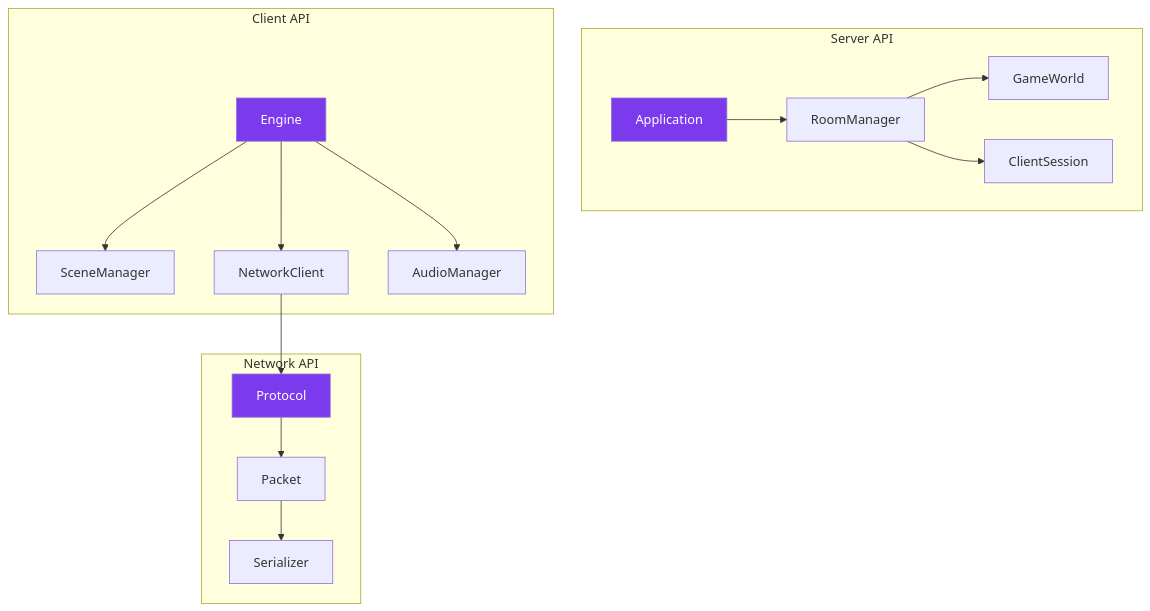
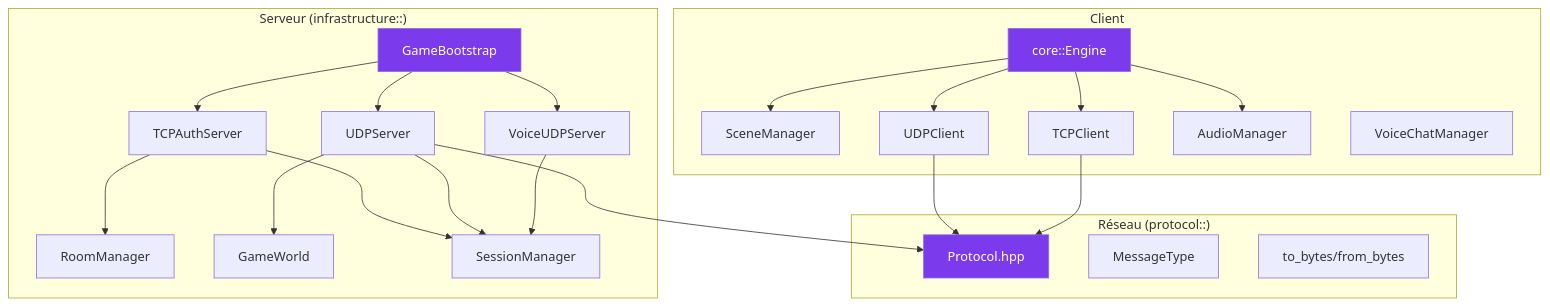
One commit to ChrisG-L/rtype changed the diagram in docs/api/index.md. Above: the diagram before and after it, drawn with Mermaid. The commit also changed other lines of this file and 29 other files, not shown here.

First line of the commit message:
Refactor network protocol documentation and structures

````diff
--- a/docs/api/index.md
+++ b/docs/api/index.md
@@ -13,38 +13,49 @@
 ```mermaid
 flowchart TB
-    subgraph Server API
-        App[Application]
+    subgraph Server["Serveur (infrastructure::)"]
+        Bootstrap[GameBootstrap]
         RM[RoomManager]
         GW[GameWorld]
-        CS[ClientSession]
+        SM[SessionManager]
+        TCP[TCPAuthServer]
+        UDP[UDPServer]
+        Voice[VoiceUDPServer]
     end
 
-    subgraph Client API
-        Engine[Engine]
-        SM[SceneManager]
-        NC[NetworkClient]
-        AM[AudioManager]
+    subgraph Client["Client"]
+        Engine[core::Engine]
+        SceneMgr[SceneManager]
+        UDPClient[UDPClient]
+        TCPClient[TCPClient]
+        Audio[AudioManager]
+        VoiceChat[VoiceChatManager]
     end
 
-    subgraph Network API
-        Protocol[Protocol]
-        Packet[Packet]
-        Serializer[Serializer]
+    subgraph Network["Réseau (protocol::)"]
+        Protocol[Protocol.hpp]
+        Messages[MessageType]
+        Structures[to_bytes/from_bytes]
     end
 
-    App --> RM
-    RM --> GW
-    RM --> CS
+    Bootstrap --> TCP
+    Bootstrap --> UDP
+    Bootstrap --> Voice
+    TCP --> SM
+    TCP --> RM
+    UDP --> SM
+    UDP --> GW
+    Voice --> SM
 
-    Engine --> SM
-    Engine --> NC
-    Engine --> AM
+    Engine --> SceneMgr
+    Engine --> UDPClient
+    Engine --> TCPClient
+    Engine --> Audio
 
-    NC --> Protocol
-    Protocol --> Packet
-    Packet --> Serializer
+    UDPClient --> Protocol
+    TCPClient --> Protocol
+    UDP --> Protocol
 
-    style App fill:#7c3aed,color:#fff
+    style Bootstrap fill:#7c3aed,color:#fff
     style Engine fill:#7c3aed,color:#fff
     style Protocol fill:#7c3aed,color:#fff
 ```
````
